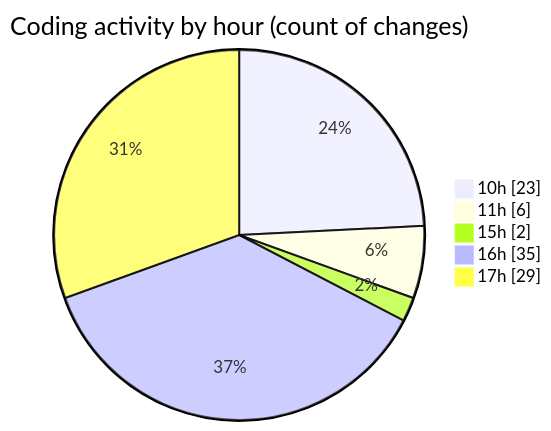
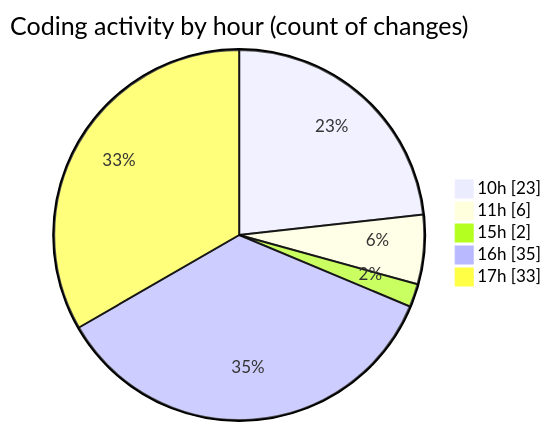
Before and after one commit to nxtqubesakshisongat/code-tracking: the second of 2 diagrams in 2026-05-04/nxtqube_webapp/README.md, drawn with Mermaid. The commit also changed other lines of this file and 1 other file, not shown here.

````diff
--- a/2026-05-04/nxtqube_webapp/README.md
+++ b/2026-05-04/nxtqube_webapp/README.md
@@ -37,9 +37,9 @@
 ```mermaid
 pie showData
 title Coding activity by hour (count of changes)
 "10h" : 23
 "11h" : 6
 "15h" : 2
 "16h" : 35
-"17h" : 29
+"17h" : 33
 ```
````
